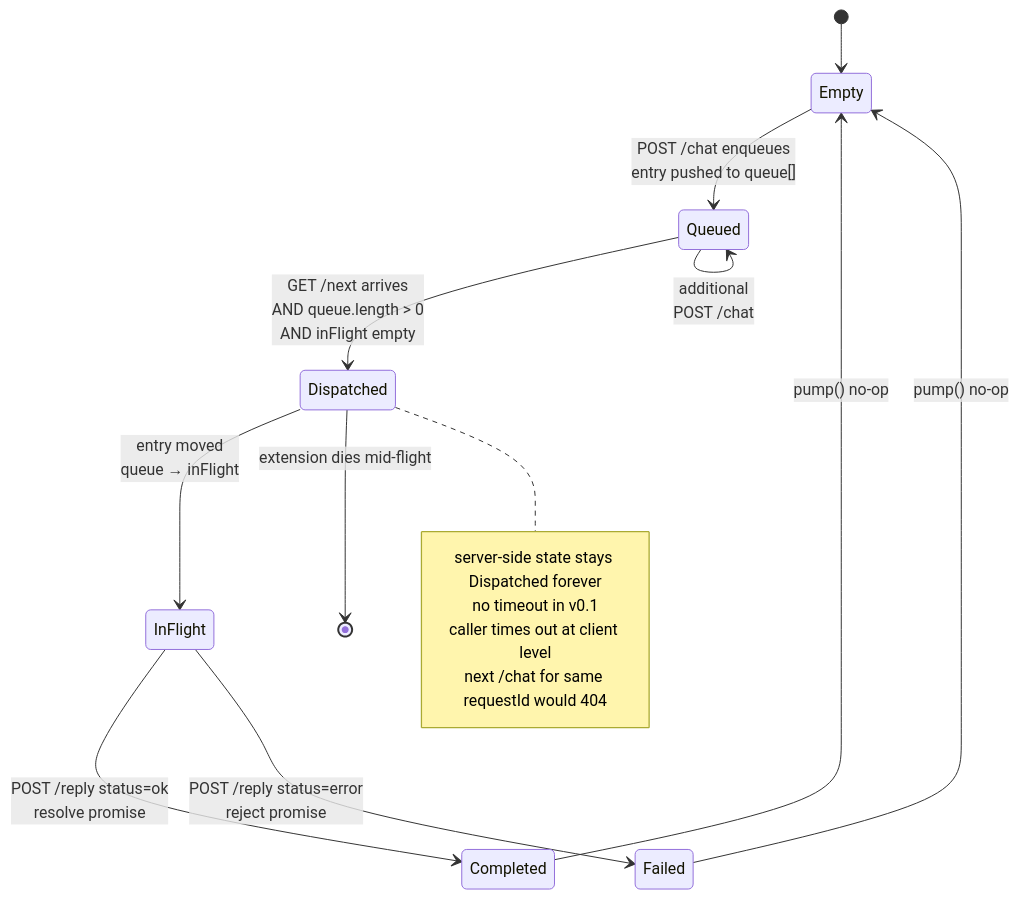
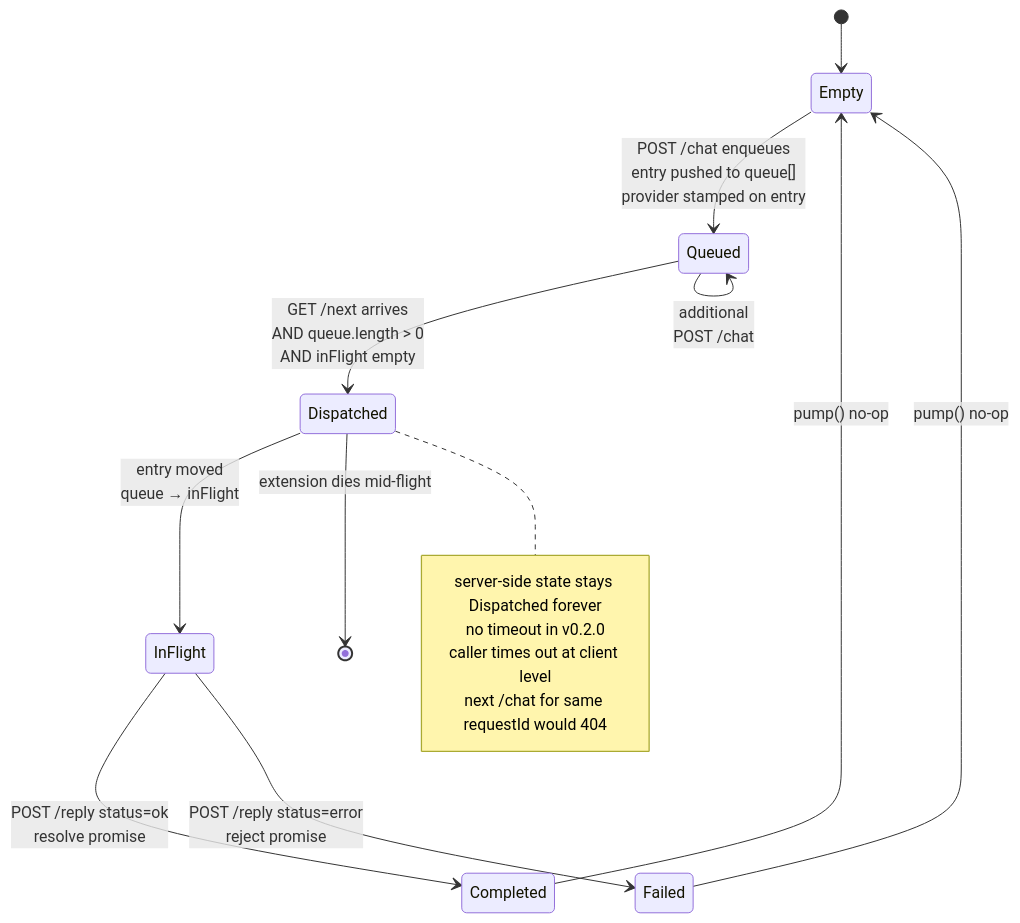
Before and after one commit to pulchowk-events/deepseek-connect: the second of 2 diagrams in docs/protocol.md, drawn with Mermaid. The commit also changed other lines of this file and 25 other files, not shown here.

First line of the commit message:
feat: multi-provider plugin architecture (DeepSeek + Qwen) — v0.2.0 (#4)

````diff
--- a/docs/protocol.md
+++ b/docs/protocol.md
@@ -562,19 +673,19 @@
 ```mermaid
 stateDiagram-v2
     [*] --> Empty
-    Empty --> Queued: POST /chat enqueues<br/>entry pushed to queue[]
+    Empty --> Queued: POST /chat enqueues<br/>entry pushed to queue[]<br/>provider stamped on entry
     Queued --> Dispatched: GET /next arrives<br/>AND queue.length > 0<br/>AND inFlight empty
     Queued --> Queued: additional<br/>POST /chat
     Dispatched --> InFlight: entry moved<br/>queue → inFlight
     InFlight --> Completed: POST /reply status=ok<br/>resolve promise
     InFlight --> Failed: POST /reply status=error<br/>reject promise
     Completed --> Empty: pump() no-op
     Failed --> Empty: pump() no-op
     Dispatched --> [*]: extension dies mid-flight
     note right of Dispatched
         server-side state stays Dispatched forever
-        no timeout in v0.1
+        no timeout in v0.2.0
         caller times out at client level
         next /chat for same requestId would 404
     end note
 ```
````
